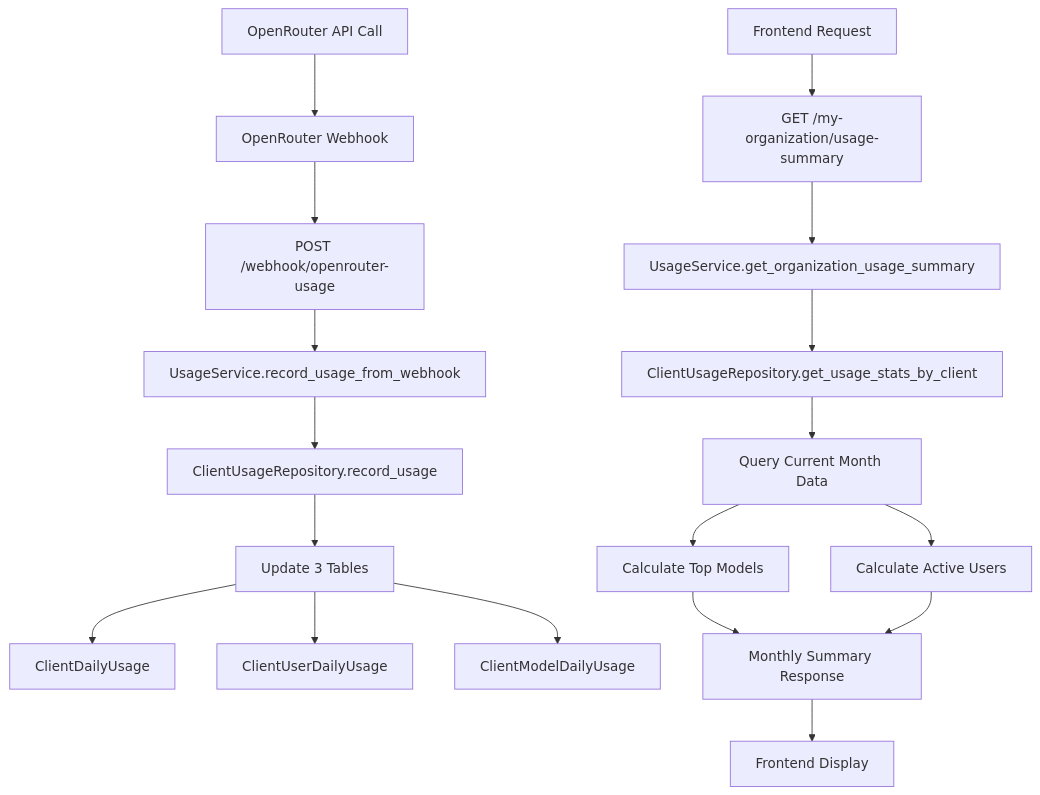
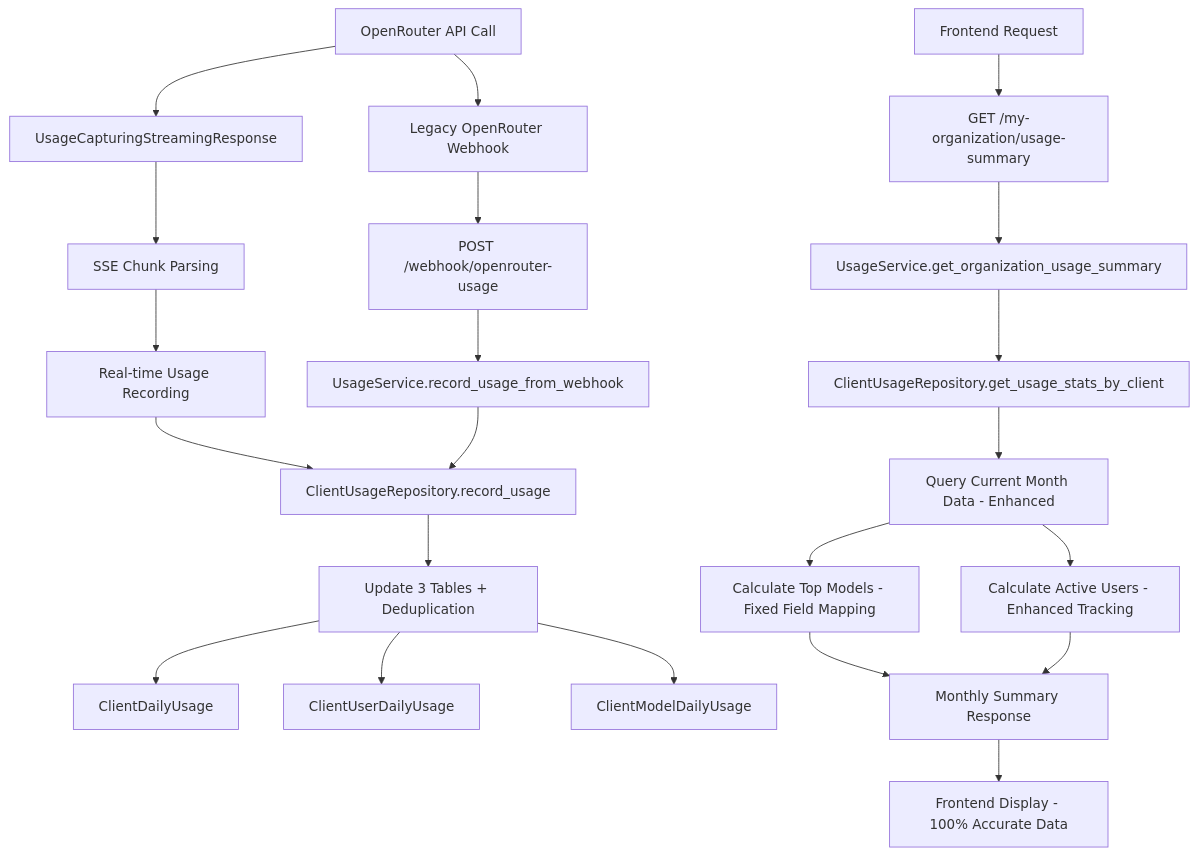
One commit to open-webui/open-webui changed the diagram in docs/monthly-summary-workflow-analysis.md. Above: the diagram before and after it, drawn with Mermaid. The commit also changed other lines of this file and 10 other files, not shown here.

````diff
--- a/docs/monthly-summary-workflow-analysis.md
+++ b/docs/monthly-summary-workflow-analysis.md
@@ -184,21 +191,25 @@
 ```mermaid
 graph TD
-    A[OpenRouter API Call] --> B[OpenRouter Webhook]
+    A[OpenRouter API Call] --> A1[UsageCapturingStreamingResponse]
+    A1 --> A2[SSE Chunk Parsing]
+    A2 --> A3[Real-time Usage Recording]
+    A --> B[Legacy OpenRouter Webhook]
     B --> C[POST /webhook/openrouter-usage]
     C --> D[UsageService.record_usage_from_webhook]
-    D --> E[ClientUsageRepository.record_usage]
-    E --> F[Update 3 Tables]
+    A3 --> E[ClientUsageRepository.record_usage]
+    D --> E
+    E --> F[Update 3 Tables + Deduplication]
     F --> G[ClientDailyUsage]
     F --> H[ClientUserDailyUsage]
     F --> I[ClientModelDailyUsage]
     
     J[Frontend Request] --> K[GET /my-organization/usage-summary]
     K --> L[UsageService.get_organization_usage_summary]
     L --> M[ClientUsageRepository.get_usage_stats_by_client]
-    M --> N[Query Current Month Data]
-    N --> O[Calculate Top Models]
-    N --> P[Calculate Active Users]
+    M --> N[Query Current Month Data - Enhanced]
+    N --> O[Calculate Top Models - Fixed Field Mapping]
+    N --> P[Calculate Active Users - Enhanced Tracking]
     O --> Q[Monthly Summary Response]
     P --> Q
-    Q --> R[Frontend Display]
+    Q --> R[Frontend Display - 100% Accurate Data]
 ```
````
